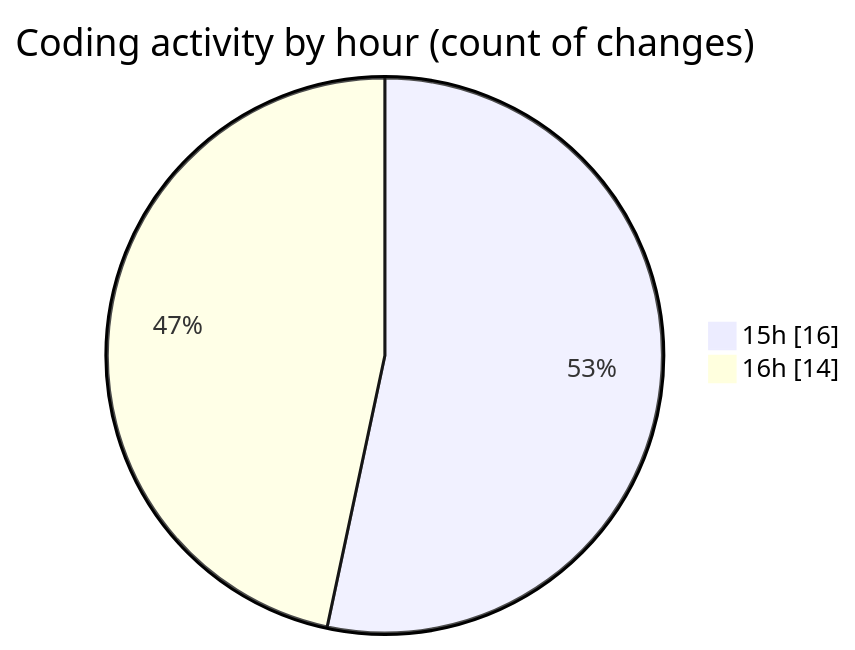
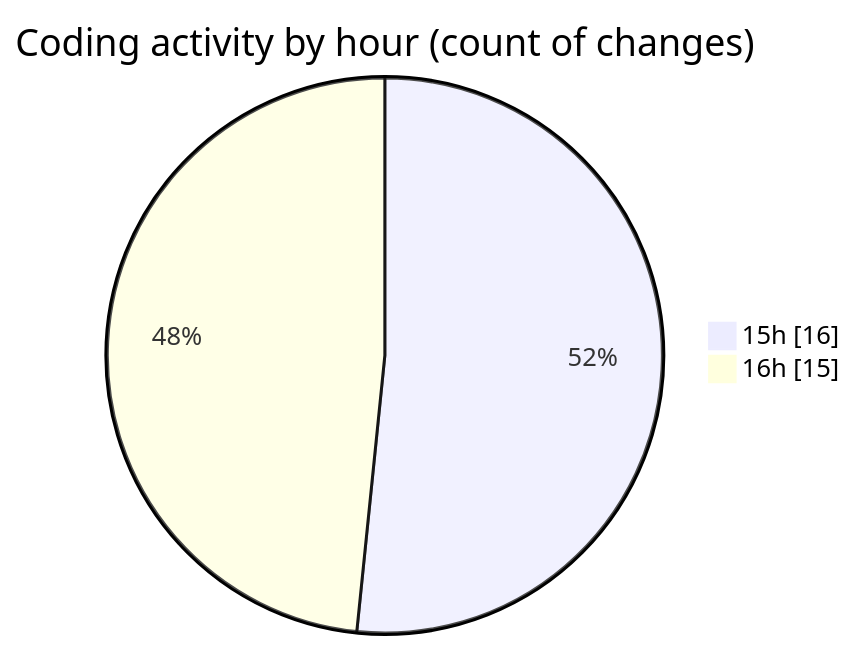
The second of 2 diagrams in 2025-10-01/oura-api/README.md (mevix1/code-tracking), drawn with Mermaid before and after one commit. The commit also changed other lines of this file and 1 other file, not shown here.

````diff
--- a/2025-10-01/oura-api/README.md
+++ b/2025-10-01/oura-api/README.md
@@ -48,6 +49,6 @@
 ```mermaid
 pie showData
 title Coding activity by hour (count of changes)
 "15h" : 16
-"16h" : 14
+"16h" : 15
 ```
````
